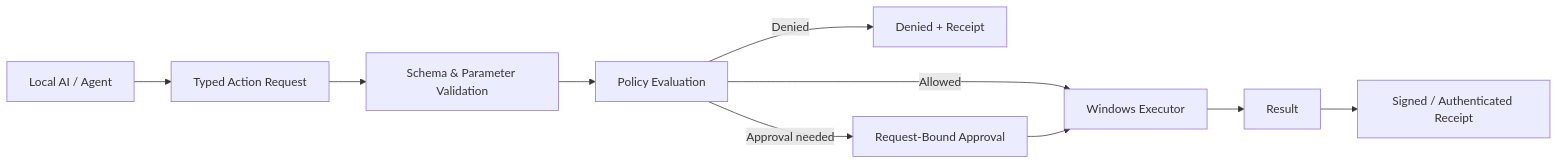
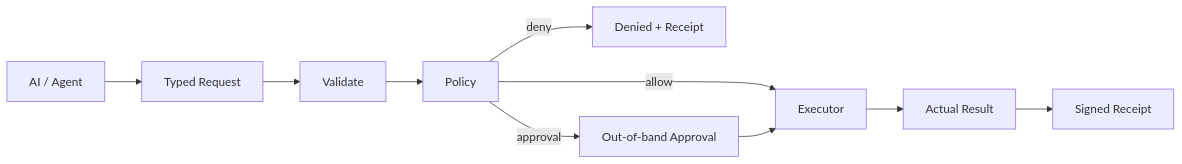
One commit to kautukade/JUBI changed the fourth of 7 diagrams in README.md. Above: the diagram before and after it, drawn with Mermaid. The commit also changed other lines of this file, not shown here.

````diff
--- a/README.md
+++ b/README.md
@@ -253,12 +516,12 @@
 ```mermaid
 flowchart LR
-    LLM[Local AI / Agent] --> REQ[Typed Action Request]
-    REQ --> VAL[Schema & Parameter Validation]
-    VAL --> POL[Policy Evaluation]
-    POL -->|Denied| DENY[Denied + Receipt]
-    POL -->|Approval needed| APR[Request-Bound Approval]
-    POL -->|Allowed| EXEC[Windows Executor]
-    APR --> EXEC
-    EXEC --> RES[Result]
-    RES --> AUDIT[Signed / Authenticated Receipt]
+    MODEL[AI / Agent] --> REQ[Typed Request]
+    REQ --> VALIDATE[Validate]
+    VALIDATE --> POLICY[Policy]
+    POLICY -->|deny| DENIED[Denied + Receipt]
+    POLICY -->|approval| APPROVAL[Out-of-band Approval]
+    POLICY -->|allow| EXEC[Executor]
+    APPROVAL --> EXEC
+    EXEC --> RESULT[Actual Result]
+    RESULT --> RECEIPT[Signed Receipt]
 ```
````
